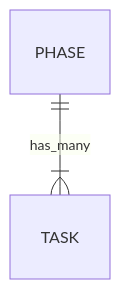
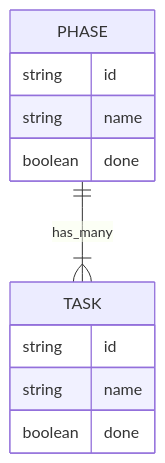
The diagram in README.md (raphaklaus/oaks-lab), drawn with Mermaid before and after one commit.

Commit message:
Improve relationship model on readme

````diff
--- a/README.md
+++ b/README.md
@@ -5,4 +5,14 @@
 ```mermaid
 erDiagram
     PHASE ||--|{ TASK : has_many
+    PHASE {
+        string id
+        string name
+        boolean done
+    }
+    TASK {
+        string id
+        string name
+        boolean done
+    }
 ```
````
